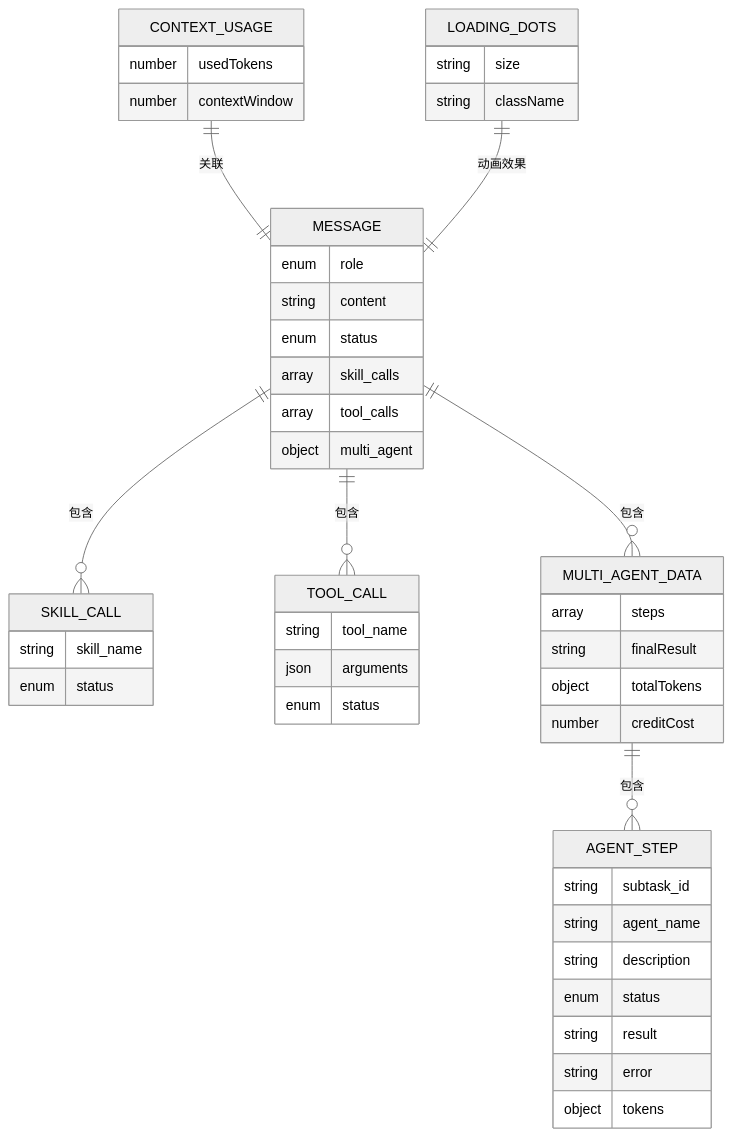
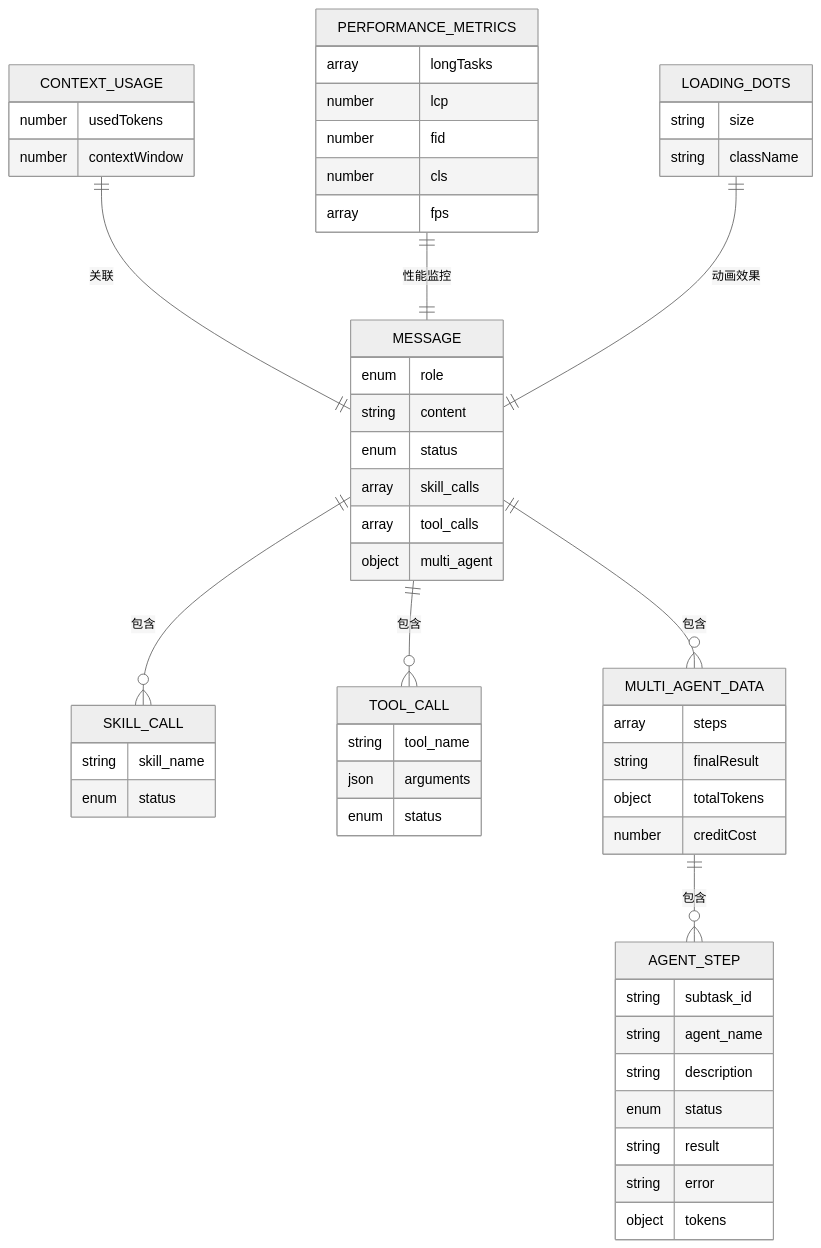
Before and after one commit to KunLabAI/KunFlix: diagram 11 of 16 in .qoder/repowiki/zh/content/前端应用架构/UI组件库/画布组件系统/AI助手面板.md, drawn with Mermaid (neutral theme). The commit also changed other lines of this file and 8 other files, not shown here.

````diff
--- a/.qoder/repowiki/zh/content/前端应用架构/UI组件库/画布组件系统/AI助手面板.md
+++ b/.qoder/repowiki/zh/content/前端应用架构/UI组件库/画布组件系统/AI助手面板.md
@@ -486,49 +508,57 @@
 ```mermaid
 erDiagram
 MESSAGE {
 enum role
 string content
 enum status
 array skill_calls
 array tool_calls
 object multi_agent
 }
 CONTEXT_USAGE {
 number usedTokens
 number contextWindow
+}
+PERFORMANCE_METRICS {
+array longTasks
+number lcp
+number fid
+number cls
+array fps
 }
 SKILL_CALL {
 string skill_name
 enum status
 }
 TOOL_CALL {
 string tool_name
 json arguments
 enum status
 }
 MULTI_AGENT_DATA {
 array steps
 string finalResult
 object totalTokens
 number creditCost
 }
 AGENT_STEP {
 string subtask_id
 string agent_name
 string description
 enum status
 string result
 string error
 object tokens
 }
 LOADING_DOTS {
 string size
 string className
 }
 MESSAGE ||--o{ SKILL_CALL : "包含"
 MESSAGE ||--o{ TOOL_CALL : "包含"
 MESSAGE ||--o{ MULTI_AGENT_DATA : "包含"
 MULTI_AGENT_DATA ||--o{ AGENT_STEP : "包含"
 CONTEXT_USAGE ||--|| MESSAGE : "关联"
+PERFORMANCE_METRICS ||--|| MESSAGE : "性能监控"
 LOADING_DOTS ||--|| MESSAGE : "动画效果"
 ```
````
